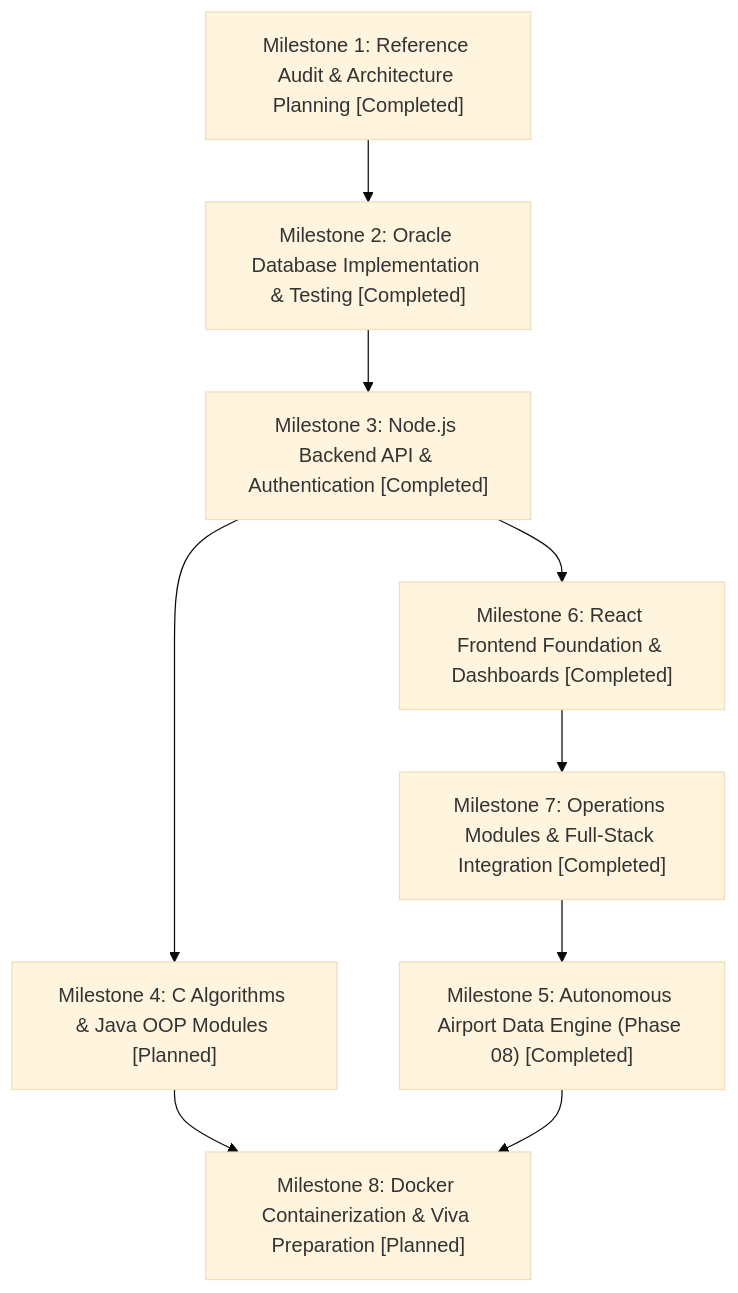
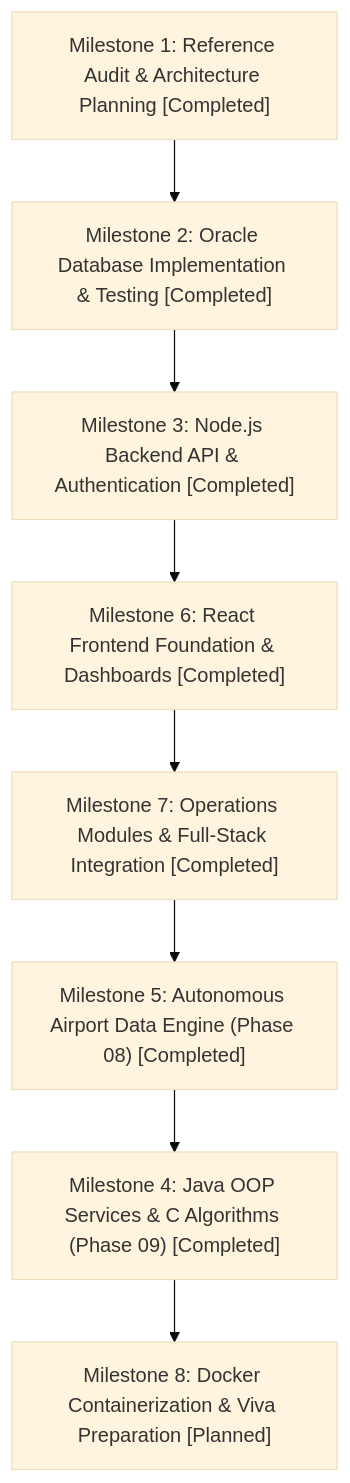
Before and after one commit to Saravana65/Airport-Management-System: the diagram in docs/DEVELOPMENT_ROADMAP.md, drawn with Mermaid (base theme). The commit also changed other lines of this file and 60 other files, not shown here.

Commit message:
feat(integration): add Java services and C airport algorithms

````diff
--- a/docs/DEVELOPMENT_ROADMAP.md
+++ b/docs/DEVELOPMENT_ROADMAP.md
@@ -13,20 +13,19 @@
 ```mermaid
 flowchart TD
     M1["Milestone 1: Reference Audit & Architecture Planning [Completed]"]
     M2["Milestone 2: Oracle Database Implementation & Testing [Completed]"]
     M3["Milestone 3: Node.js Backend API & Authentication [Completed]"]
-    M4["Milestone 4: C Algorithms & Java OOP Modules [Planned]"]
+    M4["Milestone 4: Java OOP Services & C Algorithms (Phase 09) [Completed]"]
     M5["Milestone 5: Autonomous Airport Data Engine (Phase 08) [Completed]"]
     M6["Milestone 6: React Frontend Foundation & Dashboards [Completed]"]
     M7["Milestone 7: Operations Modules & Full-Stack Integration [Completed]"]
     M8["Milestone 8: Docker Containerization & Viva Preparation [Planned]"]
 
     M1 --> M2
     M2 --> M3
     M3 --> M6
     M6 --> M7
     M7 --> M5
-    M3 --> M4
+    M5 --> M4
     M4 --> M8
-    M5 --> M8
 ```
````
